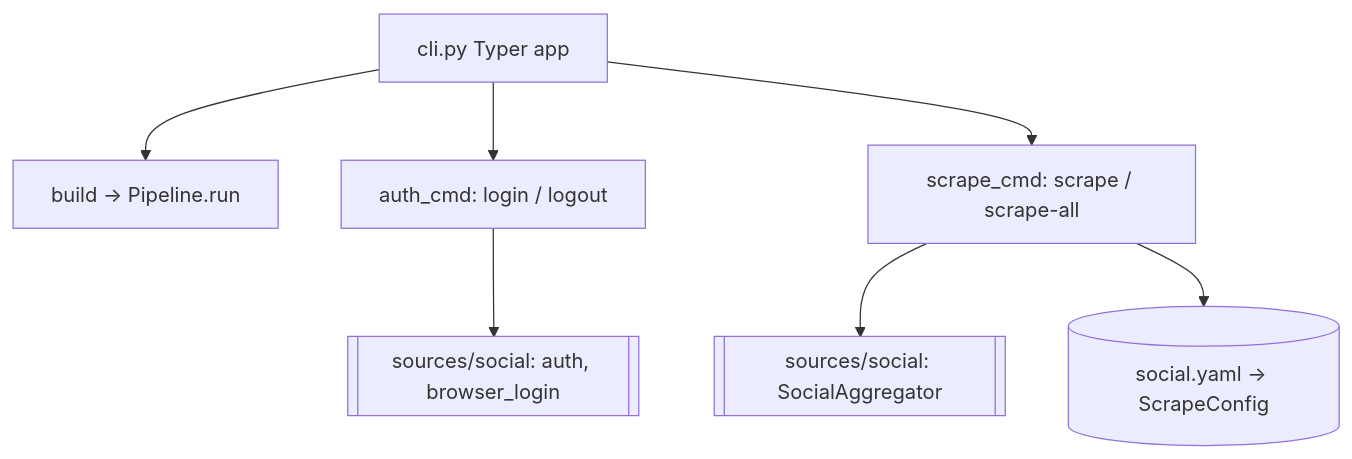
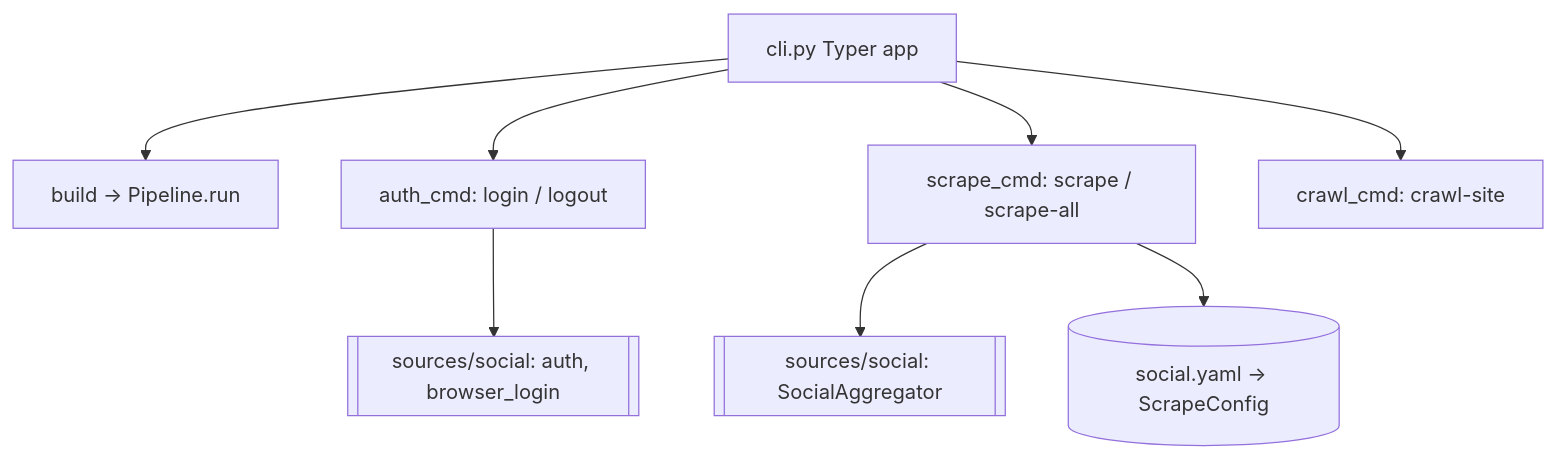
The diagram in src/resume_builder/commands/README.md (JohnAndrewBalbarosa/resume-build-chopper), drawn with Mermaid before and after one commit. The commit also changed other lines of this file and 13 other files, not shown here.

````diff
--- a/src/resume_builder/commands/README.md
+++ b/src/resume_builder/commands/README.md
@@ -10,9 +10,10 @@
 ```mermaid
 flowchart TD
     CLI[cli.py Typer app] --> Build[build -> Pipeline.run]
     CLI --> Auth[auth_cmd: login / logout]
     CLI --> Scrape[scrape_cmd: scrape / scrape-all]
+    CLI --> Crawl[crawl_cmd: crawl-site]
     Auth --> SOC[[sources/social: auth, browser_login]]
     Scrape --> AGG[[sources/social: SocialAggregator]]
     Scrape --> CFG[(social.yaml -> ScrapeConfig)]
 ```
````
